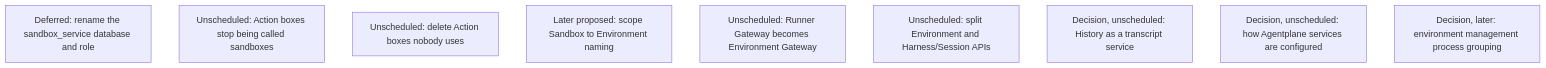
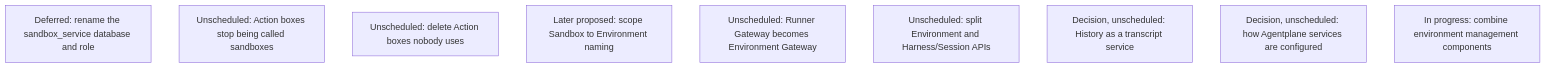
Before and after one commit to agentydragon/ducktape: the tenth of 18 diagrams in agentplane/plans/task_dag.md, drawn with Mermaid. The commit also changed other lines of this file and 15 other files, not shown here.

Commit message:
Remove obsolete management process scaffolding

````diff
--- a/agentplane/plans/task_dag.md
+++ b/agentplane/plans/task_dag.md
@@ -1891,12 +1890,12 @@
 ```mermaid
 flowchart TD
     HISTORY_DATABASE_RENAME[Deferred: rename the sandbox_service database and role]
     ACTION_BOX_RENAME[Unscheduled: Action boxes stop being called sandboxes]
     ACTION_BOX_IDLE_REAPER[Unscheduled: delete Action boxes nobody uses]
     SANDBOX_ENVIRONMENT_RENAME_DESIGN[Later proposed: scope Sandbox to Environment naming]
     RUNNER_GATEWAY_RENAME[Unscheduled: Runner Gateway becomes Environment Gateway]
     ENVIRONMENT_RUNTIME_SERVICE_SPLIT[Unscheduled: split Environment and Harness/Session APIs]
     HISTORY_SERVICE_RENAME[Decision, unscheduled: History as a transcript service]
     SERVICE_SETTINGS_RETHINK[Decision, unscheduled: how Agentplane services are configured]
-    ENV_MANAGEMENT_PROCESS_CONSOLIDATION_DESIGN[Decision, later: environment management process grouping]
+    ENV_MANAGEMENT_PROCESS_CONSOLIDATION_DESIGN[In progress: combine environment management components]
 ```
````
